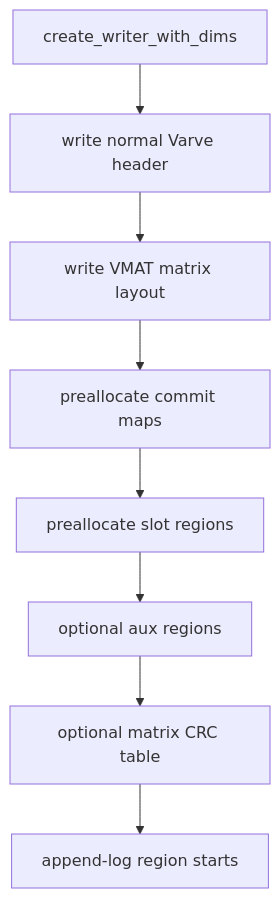
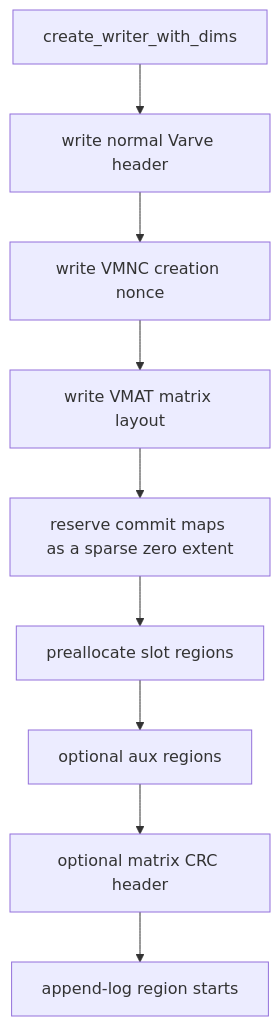
One commit to shim9610/varve changed the fifth of 7 diagrams in docs/how-it-works.md. Above: the diagram before and after it, drawn with Mermaid. The commit also changed other lines of this file and 57 other files, not shown here.

First line of the commit message:
Rework matrix integrity representation and schema identity for PB scale

````diff
--- a/docs/how-it-works.md
+++ b/docs/how-it-works.md
@@ -232,10 +232,11 @@
 ```mermaid
 flowchart TD
     A["create_writer_with_dims"] --> B["write normal Varve header"]
-    B --> C["write VMAT matrix layout"]
-    C --> D["preallocate commit maps"]
+    B --> B2["write VMNC creation nonce"]
+    B2 --> C["write VMAT matrix layout"]
+    C --> D["reserve commit maps as a sparse zero extent"]
     D --> E["preallocate slot regions"]
     E --> F["optional aux regions"]
-    F --> G["optional matrix CRC table"]
+    F --> G["optional matrix CRC header"]
     G --> H["append-log region starts"]
 ```
````
